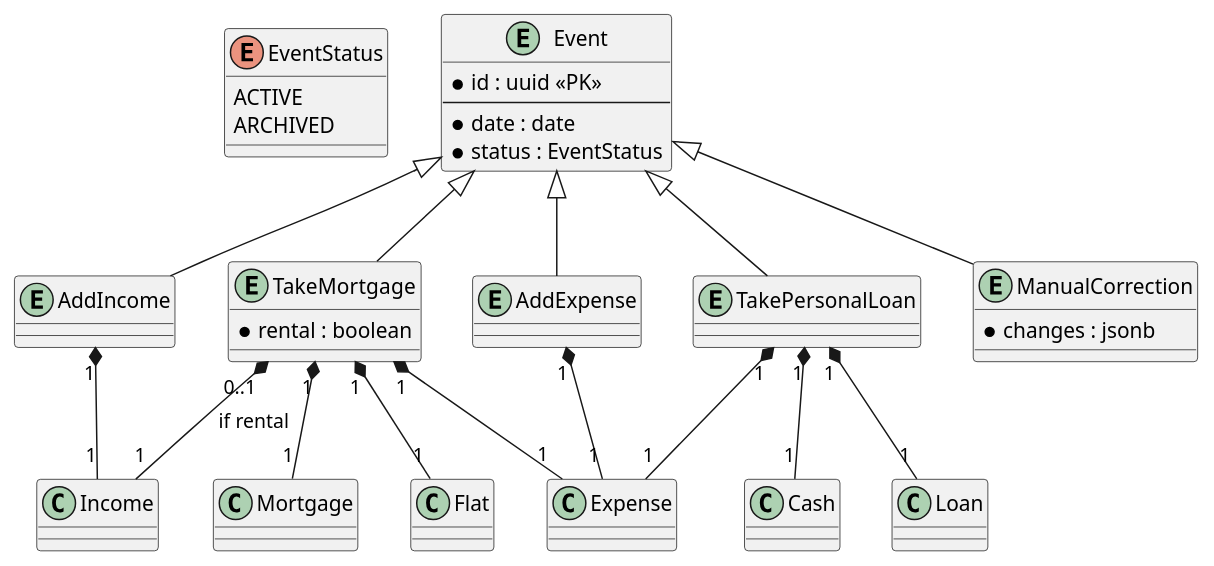
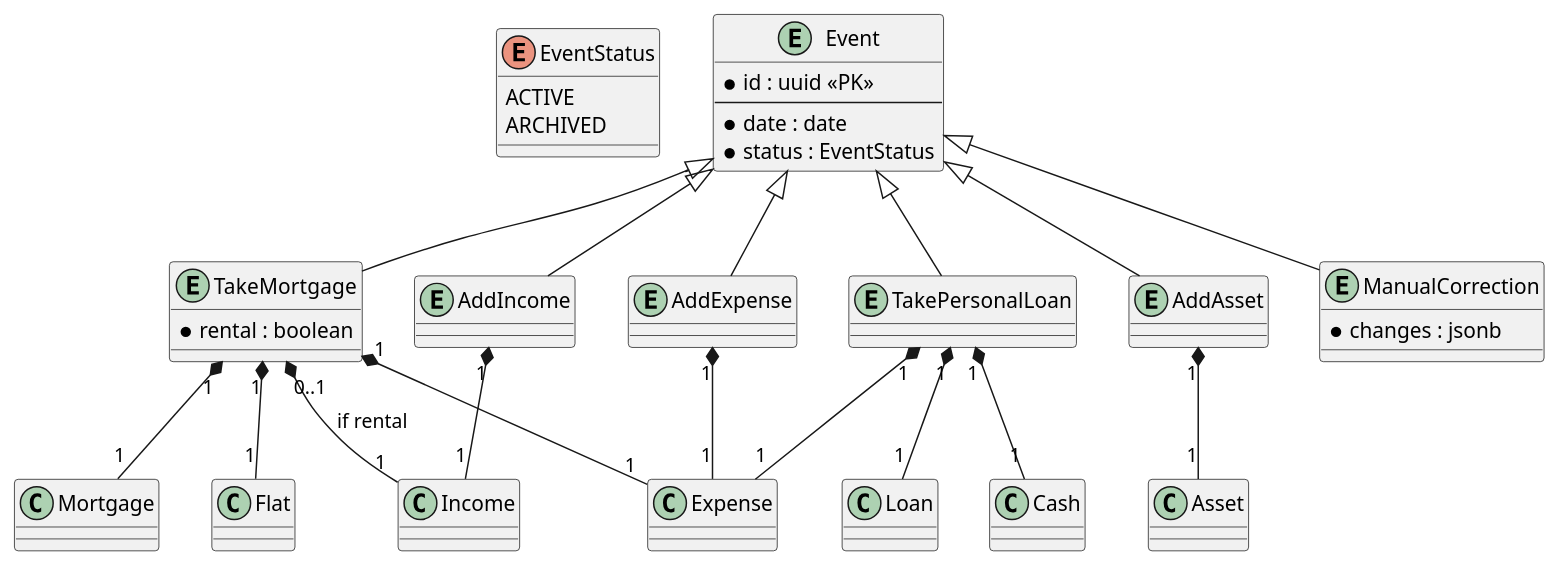
Before and after one commit to littlewhywhat/loan-advisor: the diagram in spec/diagram/events.puml, drawn with PlantUML. The commit also changed 1 other file, not shown here.

Commit message:
feat: add AddAsset event spec and feature scenarios
Made-with: Cursor

```diff
--- a/spec/diagram/events.puml
+++ b/spec/diagram/events.puml
@@ -1,50 +1,56 @@
 @startuml finance-events
 
 enum EventStatus {
   ACTIVE
   ARCHIVED
 }
 
 entity Event {
   * id : uuid <<PK>>
   --
   * date : date
   * status : EventStatus
 }
 
 entity TakeMortgage {
   * rental : boolean
 }
 
 entity TakePersonalLoan {
 }
 
+entity AddAsset {
+}
+
 entity AddIncome {
 }
 
 entity AddExpense {
 }
 
 entity ManualCorrection {
   * changes : jsonb
 }
 
 Event <|-- TakeMortgage
 Event <|-- TakePersonalLoan
+Event <|-- AddAsset
 Event <|-- AddIncome
 Event <|-- AddExpense
 Event <|-- ManualCorrection
 
 TakeMortgage "1" *-- "1" Mortgage
 TakeMortgage "1" *-- "1" Flat
 TakeMortgage "1" *-- "1" Expense
 TakeMortgage "0..1" *-- "1" Income : if rental
 
 TakePersonalLoan "1" *-- "1" Loan
 TakePersonalLoan "1" *-- "1" Cash
 TakePersonalLoan "1" *-- "1" Expense
 
+AddAsset "1" *-- "1" Asset
+
 AddIncome "1" *-- "1" Income
 AddExpense "1" *-- "1" Expense
 
 @enduml
```
